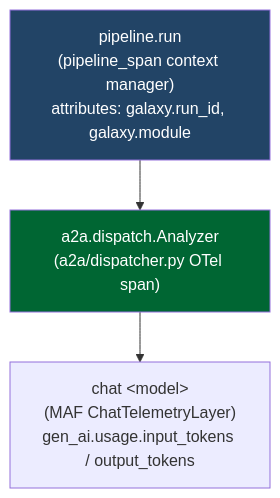
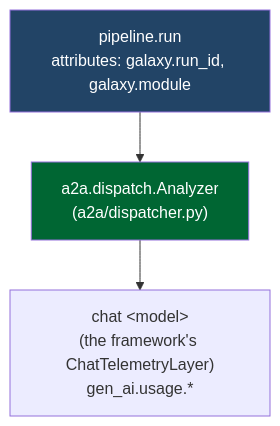
The fifth of 9 diagrams in docs/architecture.md (rlpatrao/agent-gov-sec), drawn with Mermaid before and after one commit. The commit also changed other lines of this file and 42 other files, not shown here.

````diff
--- a/docs/architecture.md
+++ b/docs/architecture.md
@@ -248,9 +318,8 @@
 ```mermaid
 flowchart TB
-  Root["pipeline.run\n(pipeline_span context manager)\nattributes: galaxy.run_id, galaxy.module"]
-  Root --> A2AAna["a2a.dispatch.Analyzer\n(a2a/dispatcher.py OTel span)"]
-  A2AAna --> AnaLLM["chat &lt;model&gt;\n(MAF ChatTelemetryLayer)\ngen_ai.usage.input_tokens / output_tokens"]
-
+  Root["pipeline.run\nattributes: galaxy.run_id, galaxy.module"]
+  Root --> A2AAna["a2a.dispatch.Analyzer\n(a2a/dispatcher.py)"]
+  A2AAna --> AnaLLM["chat &lt;model&gt;\n(the framework's ChatTelemetryLayer)\ngen_ai.usage.*"]
   style Root fill:#246,color:#fff
   style A2AAna fill:#063,color:#fff
 ```
````
